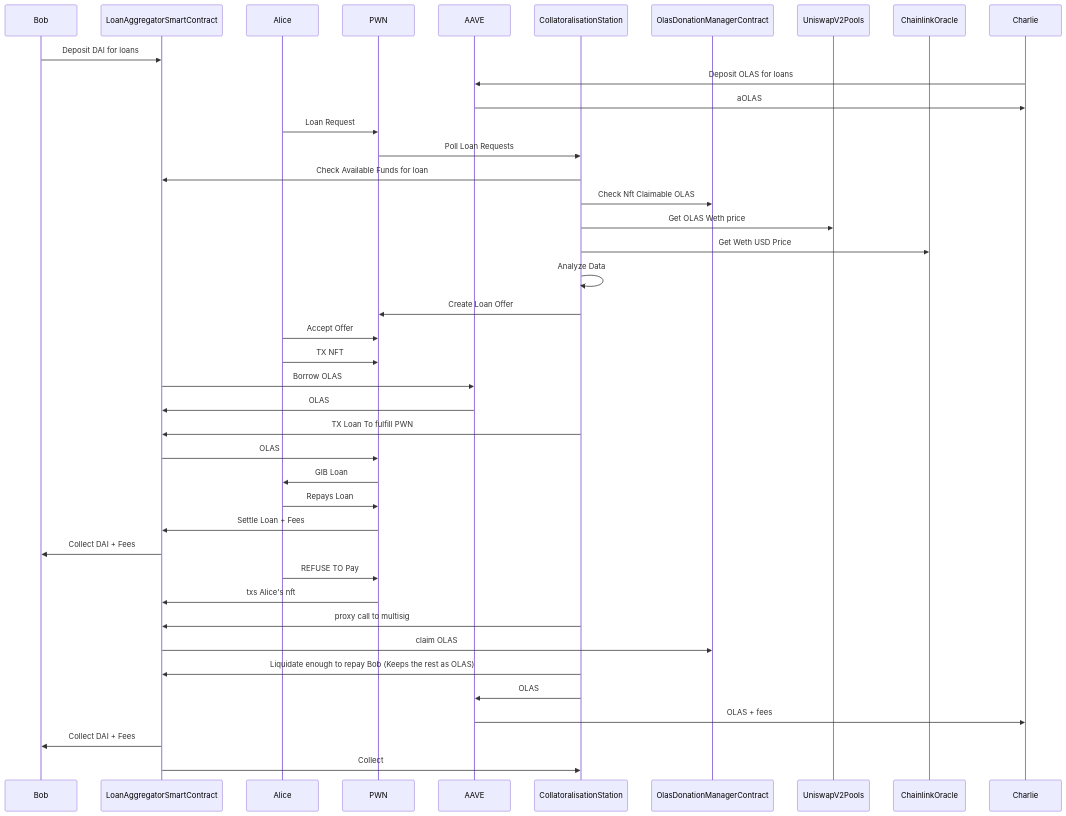
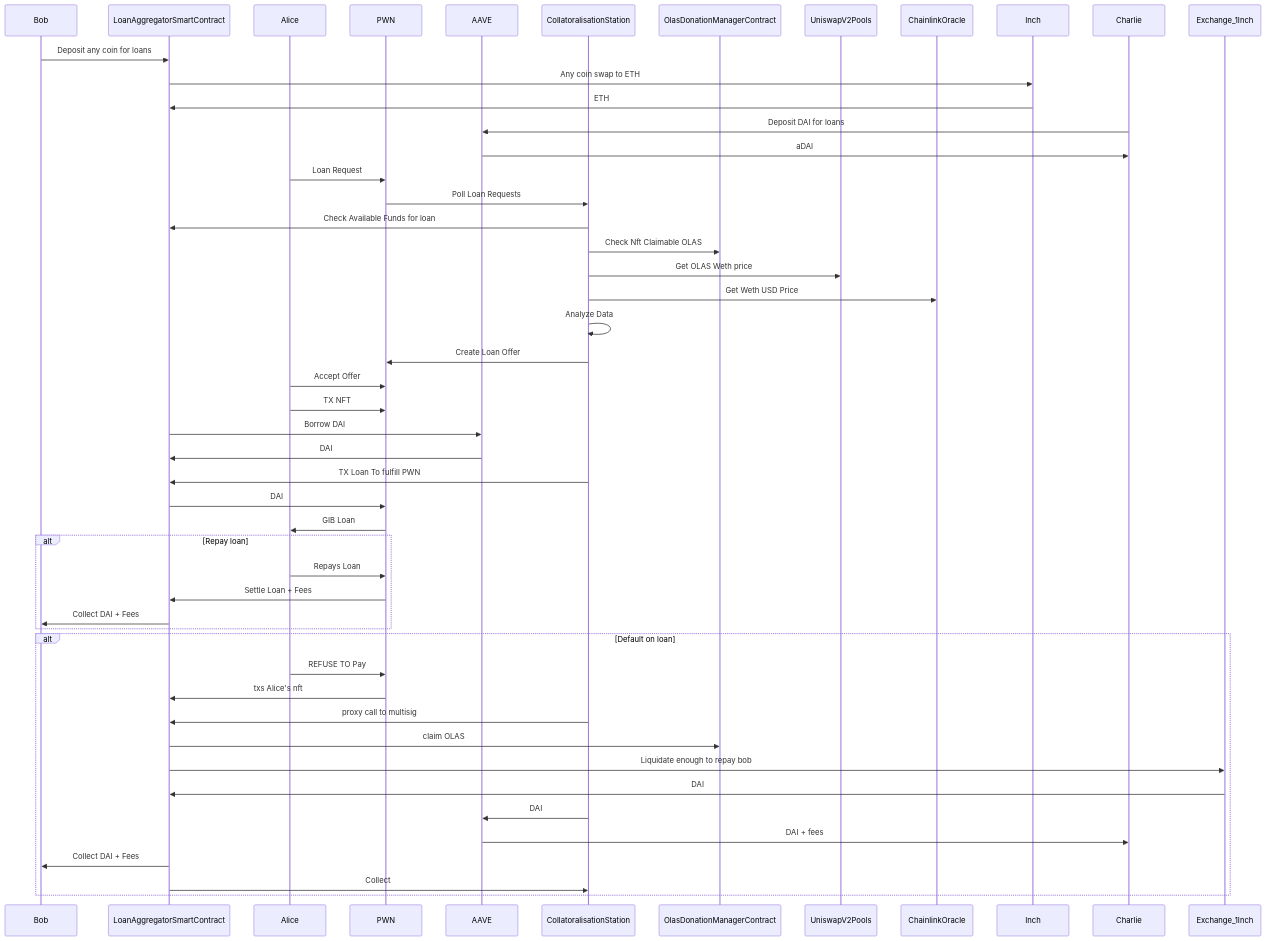
The diagram in README.md (8ball030/collateralisation_station), drawn with Mermaid before and after one commit. The commit also changed 1 other file, not shown here.

Commit message:
fix: update sequence diagram

````diff
--- a/README.md
+++ b/README.md
@@ -33,44 +33,51 @@
 ```mermaid
 sequenceDiagram
     participant Bob
     participant LoanAggregatorSmartContract
     participant Alice
     participant PWN
     participant AAVE
     participant CollatoralisationStation
     participant OlasDonationManagerContract
     participant UniswapV2Pools
     participant ChainlinkOracle
 
-    Bob ->> LoanAggregatorSmartContract: Deposit DAI for loans
-    Charlie ->> AAVE: Deposit OLAS for loans
-    AAVE ->> Charlie: aOLAS
+    Bob ->> LoanAggregatorSmartContract: Deposit any coin for loans
+    LoanAggregatorSmartContract ->> Inch: Any coin swap to ETH
+    Inch ->> LoanAggregatorSmartContract: ETH
+    Charlie ->> AAVE: Deposit DAI for loans
+    AAVE ->> Charlie: aDAI
     Alice ->> PWN: Loan Request
     PWN ->> CollatoralisationStation: Poll Loan Requests
     CollatoralisationStation ->> LoanAggregatorSmartContract: Check Available Funds for loan
     CollatoralisationStation ->> OlasDonationManagerContract: Check Nft Claimable OLAS
     CollatoralisationStation ->> UniswapV2Pools: Get OLAS Weth price
     CollatoralisationStation ->> ChainlinkOracle: Get Weth USD Price
     CollatoralisationStation ->> CollatoralisationStation: Analyze Data
     CollatoralisationStation ->> PWN: Create Loan Offer
     Alice ->> PWN: Accept Offer
     Alice ->> PWN: TX NFT
 
-    LoanAggregatorSmartContract ->> AAVE: Borrow OLAS
-    AAVE ->> LoanAggregatorSmartContract: OLAS
+    LoanAggregatorSmartContract ->> AAVE: Borrow DAI
+    AAVE ->> LoanAggregatorSmartContract: DAI
     CollatoralisationStation ->> LoanAggregatorSmartContract: TX Loan To fulfill PWN
-    LoanAggregatorSmartContract ->> PWN: OLAS
+    LoanAggregatorSmartContract ->> PWN: DAI
     PWN ->> Alice: GIB Loan
-    Alice ->> PWN: Repays Loan
-    PWN ->> LoanAggregatorSmartContract: Settle Loan + Fees
-    LoanAggregatorSmartContract ->> Bob: Collect DAI + Fees
-    Alice ->> PWN: REFUSE TO Pay
-    PWN ->>LoanAggregatorSmartContract: txs Alice's nft
-    CollatoralisationStation ->> LoanAggregatorSmartContract: proxy call to multisig
-    LoanAggregatorSmartContract ->> OlasDonationManagerContract: claim OLAS
-    CollatoralisationStation ->> LoanAggregatorSmartContract: Liquidate enough to repay Bob (Keeps the rest as OLAS)
-    CollatoralisationStation ->> AAVE: OLAS
-    AAVE ->> Charlie: OLAS + fees
-    LoanAggregatorSmartContract ->> Bob: Collect DAI + Fees
-    LoanAggregatorSmartContract ->> CollatoralisationStation: Collect
+    alt Repay loan
+        Alice ->> PWN: Repays Loan
+        PWN ->> LoanAggregatorSmartContract: Settle Loan + Fees
+        LoanAggregatorSmartContract ->> Bob: Collect DAI + Fees
+    end
+    alt Default on loan
+        Alice ->> PWN: REFUSE TO Pay
+        PWN ->>LoanAggregatorSmartContract: txs Alice's nft
+        CollatoralisationStation ->> LoanAggregatorSmartContract: proxy call to multisig
+        LoanAggregatorSmartContract ->> OlasDonationManagerContract: claim OLAS
+        LoanAggregatorSmartContract ->> Exchange_1Inch: Liquidate enough to repay bob
+        Exchange_1Inch ->> LoanAggregatorSmartContract: DAI
+        CollatoralisationStation ->> AAVE: DAI
+        AAVE ->> Charlie: DAI + fees
+        LoanAggregatorSmartContract ->> Bob: Collect DAI + Fees
+        LoanAggregatorSmartContract ->> CollatoralisationStation: Collect
+    end
 ```
````
